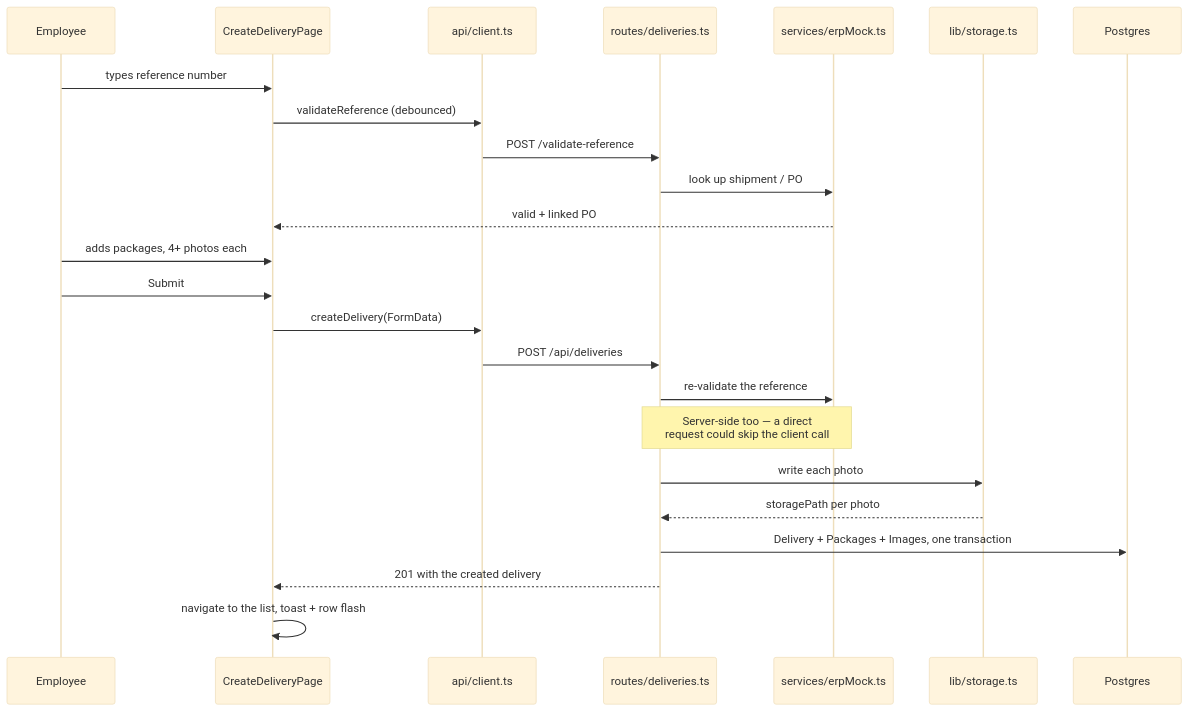
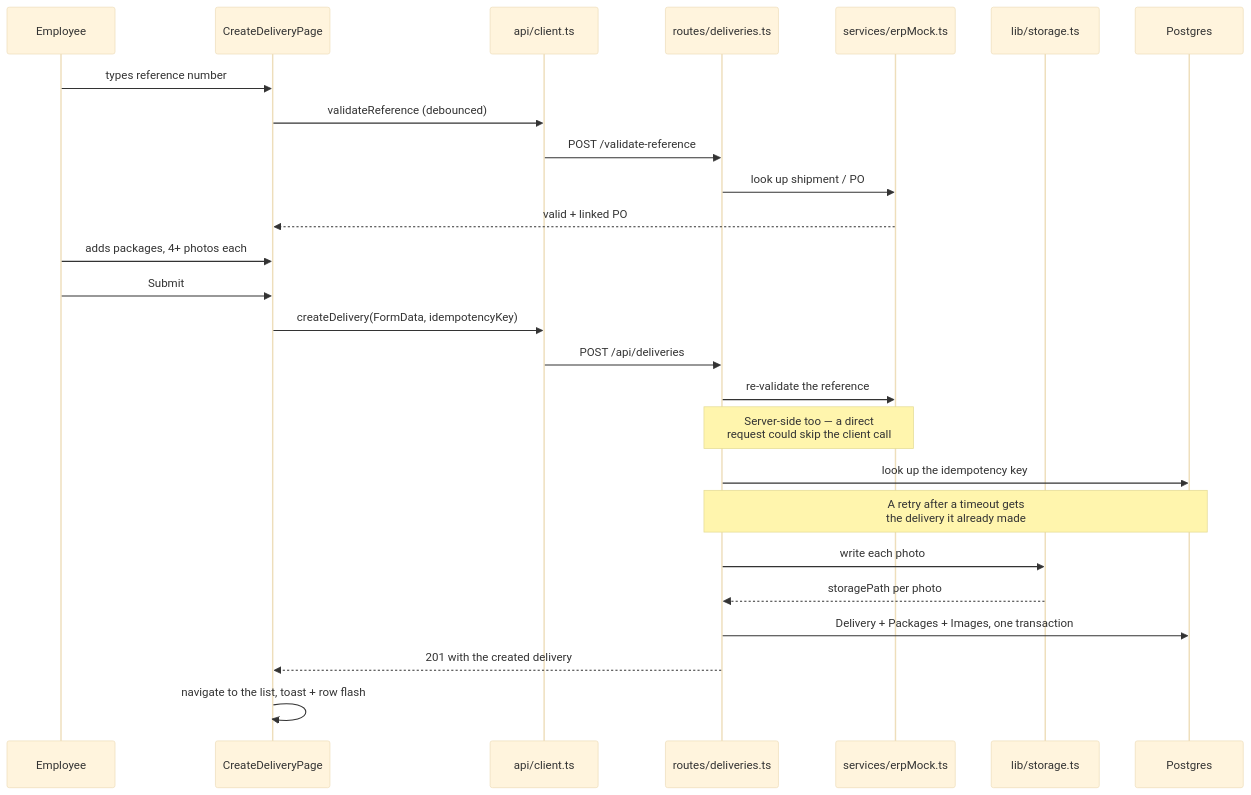
Before and after one commit to OmriGawi/package-protection: the second of 3 diagrams in docs/architecture.md, drawn with Mermaid (base theme). The commit also changed other lines of this file and 16 other files, not shown here.

````diff
--- a/docs/architecture.md
+++ b/docs/architecture.md
@@ -87,28 +87,30 @@
 ```mermaid
 sequenceDiagram
   participant U as Employee
   participant P as CreateDeliveryPage
   participant C as api/client.ts
   participant R as routes/deliveries.ts
   participant E as services/erpMock.ts
   participant S as lib/storage.ts
   participant D as Postgres
 
   U->>P: types reference number
   P->>C: validateReference (debounced)
   C->>R: POST /validate-reference
   R->>E: look up shipment / PO
   E-->>P: valid + linked PO
 
   U->>P: adds packages, 4+ photos each
   U->>P: Submit
-  P->>C: createDelivery(FormData)
+  P->>C: createDelivery(FormData, idempotencyKey)
   C->>R: POST /api/deliveries
   R->>E: re-validate the reference
   Note over R,E: Server-side too — a direct<br/>request could skip the client call
+  R->>D: look up the idempotency key
+  Note over R,D: A retry after a timeout gets<br/>the delivery it already made
   R->>S: write each photo
   S-->>R: storagePath per photo
   R->>D: Delivery + Packages + Images, one transaction
   R-->>P: 201 with the created delivery
   P->>P: navigate to the list, toast + row flash
 ```
````
